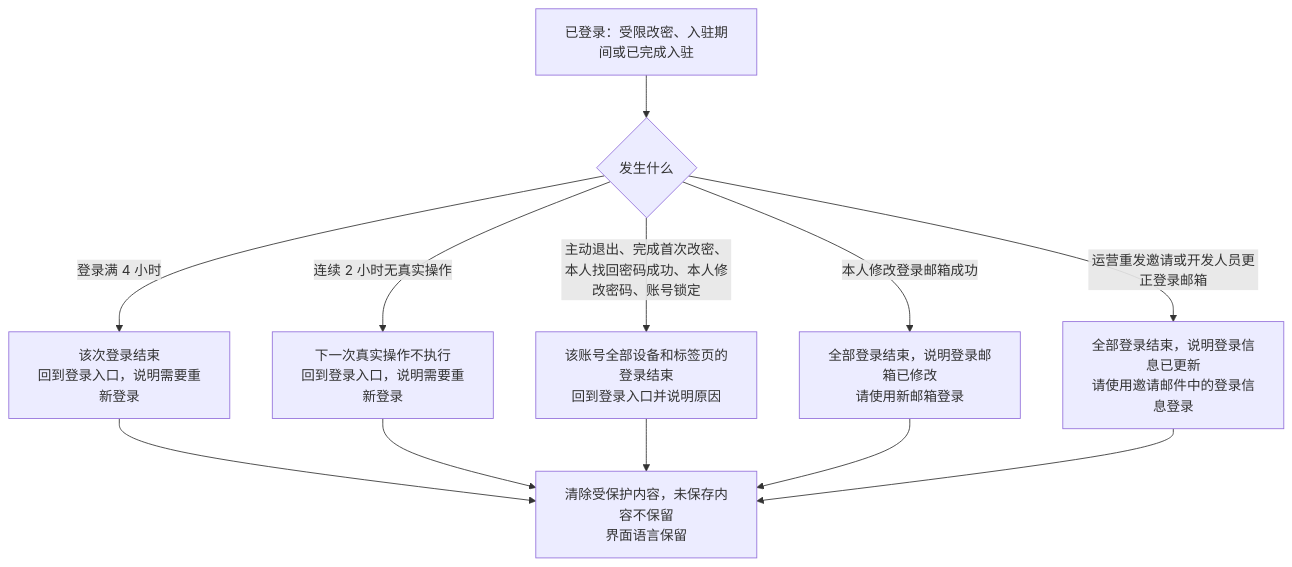
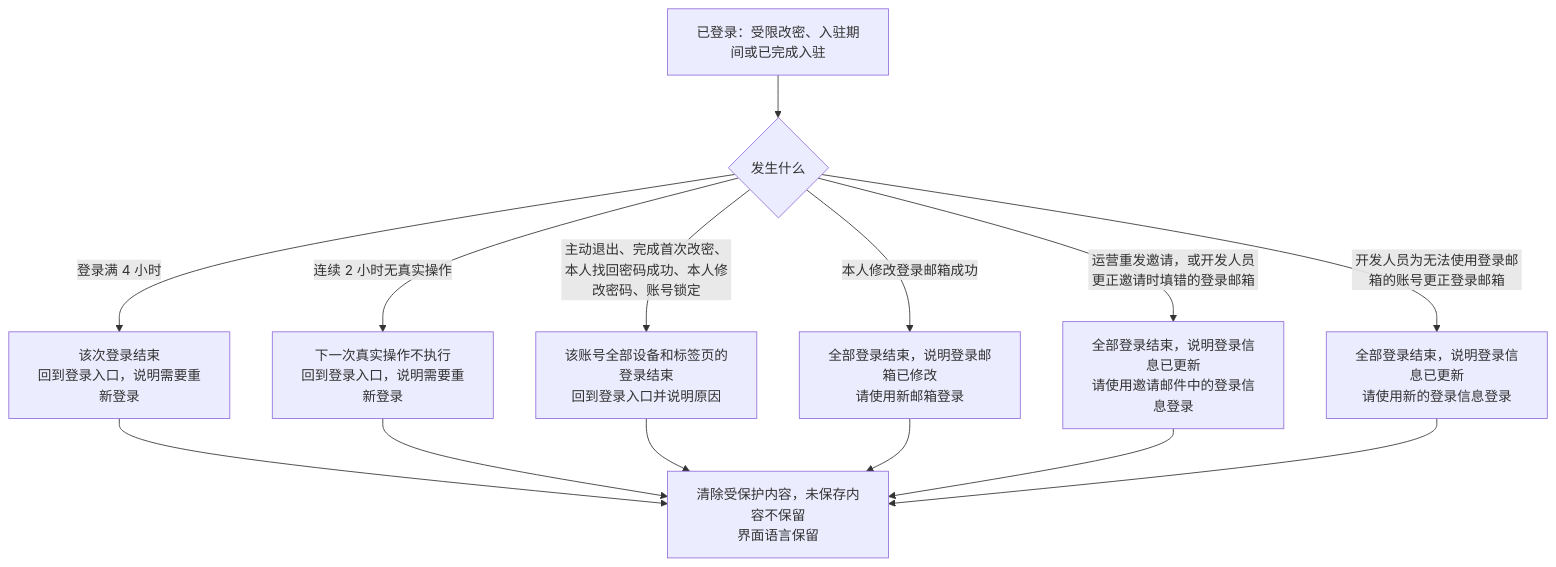
Before and after one commit to wxblockchain/Chain-Financing: the sixth of 11 diagrams in asset-trust-platform/PRD/企业端/M1-企业登录与首次入驻/02-企业登录与首次入驻-流程图与状态机.md, drawn with Mermaid. The commit also changed other lines of this file and 4 other files, not shown here.

````diff
--- a/asset-trust-platform/PRD/企业端/M1-企业登录与首次入驻/02-企业登录与首次入驻-流程图与状态机.md
+++ b/asset-trust-platform/PRD/企业端/M1-企业登录与首次入驻/02-企业登录与首次入驻-流程图与状态机.md
@@ -183,14 +183,16 @@
 ```mermaid
 flowchart TD
     A[已登录：受限改密、入驻期间或已完成入驻] --> B{发生什么}
     B -->|登录满 4 小时| E[该次登录结束<br/>回到登录入口，说明需要重新登录]
     B -->|连续 2 小时无真实操作| F[下一次真实操作不执行<br/>回到登录入口，说明需要重新登录]
     B -->|主动退出、完成首次改密、本人找回密码成功、本人修改密码、账号锁定| G[该账号全部设备和标签页的登录结束<br/>回到登录入口并说明原因]
     B -->|本人修改登录邮箱成功| H[全部登录结束，说明登录邮箱已修改<br/>请使用新邮箱登录]
-    B -->|运营重发邀请或开发人员更正登录邮箱| I[全部登录结束，说明登录信息已更新<br/>请使用邀请邮件中的登录信息登录]
+    B -->|运营重发邀请，或开发人员更正邀请时填错的登录邮箱| I[全部登录结束，说明登录信息已更新<br/>请使用邀请邮件中的登录信息登录]
+    B -->|开发人员为无法使用登录邮箱的账号更正登录邮箱| J[全部登录结束，说明登录信息已更新<br/>请使用新的登录信息登录]
     E --> Z[清除受保护内容，未保存内容不保留<br/>界面语言保留]
     F --> Z
     G --> Z
     H --> Z
     I --> Z
+    J --> Z
 ```
````
